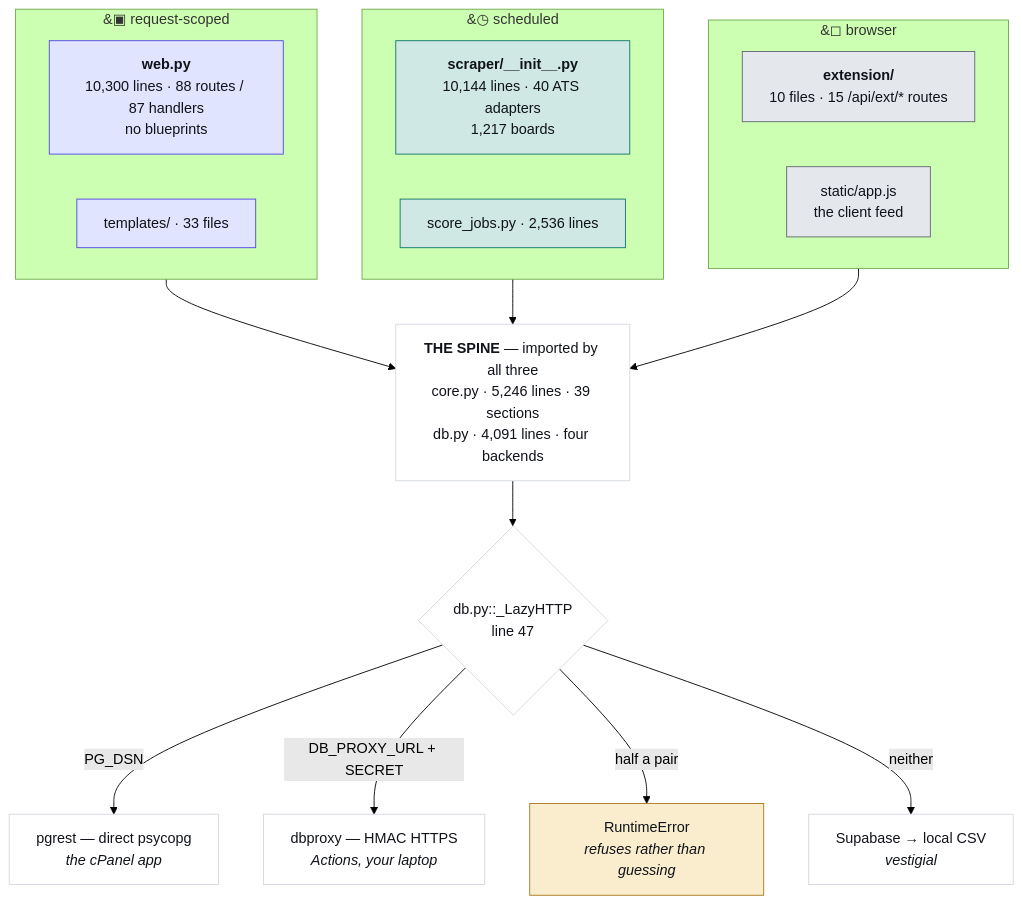
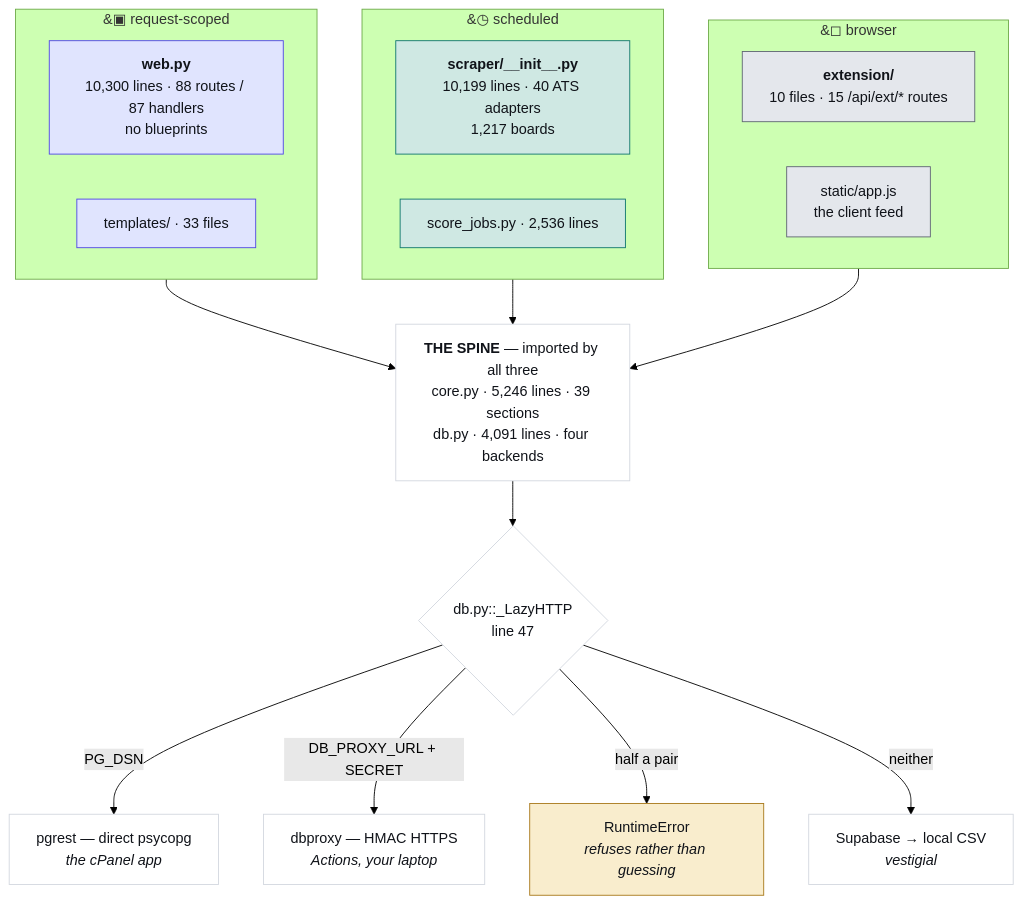
The first of 4 diagrams in JobMatch Scraper/docs/ARCHITECTURE.md (hadakunal909-debug/job-search-tool), drawn with Mermaid (forest theme) before and after one commit. The commit also changed other lines of this file and 8 other files, not shown here.

````diff
--- a/JobMatch Scraper/docs/ARCHITECTURE.md
+++ b/JobMatch Scraper/docs/ARCHITECTURE.md
@@ -45,34 +45,34 @@
 ```mermaid
 flowchart TB
   subgraph REQ["&#9635; request-scoped"]
     W["<b>web.py</b><br/>10,300 lines · 88 routes / 87 handlers<br/>no blueprints"]
     T["templates/ · 33 files"]
   end
   subgraph SCH["&#9719; scheduled"]
-    S["<b>scraper/__init__.py</b><br/>10,144 lines · 40 ATS adapters<br/>1,217 boards"]
+    S["<b>scraper/__init__.py</b><br/>10,199 lines · 40 ATS adapters<br/>1,217 boards"]
     J["score_jobs.py · 2,536 lines"]
   end
   subgraph CLI["&#9723; browser"]
     E["<b>extension/</b><br/>10 files · 15 /api/ext/* routes"]
     A["static/app.js<br/>the client feed"]
   end
   SPINE["<b>THE SPINE</b> — imported by all three<br/>core.py · 5,246 lines · 39 sections<br/>db.py · 4,091 lines · four backends"]
   REQ --> SPINE
   SCH --> SPINE
   CLI --> SPINE
   SPINE --> D{"db.py::_LazyHTTP<br/>line 47"}
   D -->|"PG_DSN"| P["pgrest — direct psycopg<br/><i>the cPanel app</i>"]
   D -->|"DB_PROXY_URL + SECRET"| X["dbproxy — HMAC HTTPS<br/><i>Actions, your laptop</i>"]
   D -->|"half a pair"| R["RuntimeError<br/><i>refuses rather than guessing</i>"]
   D -->|"neither"| V["Supabase → local CSV<br/><i>vestigial</i>"]
   classDef web fill:#e0e4fe,stroke:#4f46e5,color:#101319
   classDef sched fill:#cfe8e3,stroke:#0f766e,color:#101319
   classDef client fill:#e4e7ec,stroke:#5f6573,color:#101319
   classDef trap fill:#f9edcd,stroke:#a8781a,color:#101319
   classDef plain fill:#ffffff,stroke:#d3d7df,color:#101319
   class W,T web
   class S,J sched
   class E,A client
   class R trap
   class SPINE,D,P,X,V plain
 ```
````
